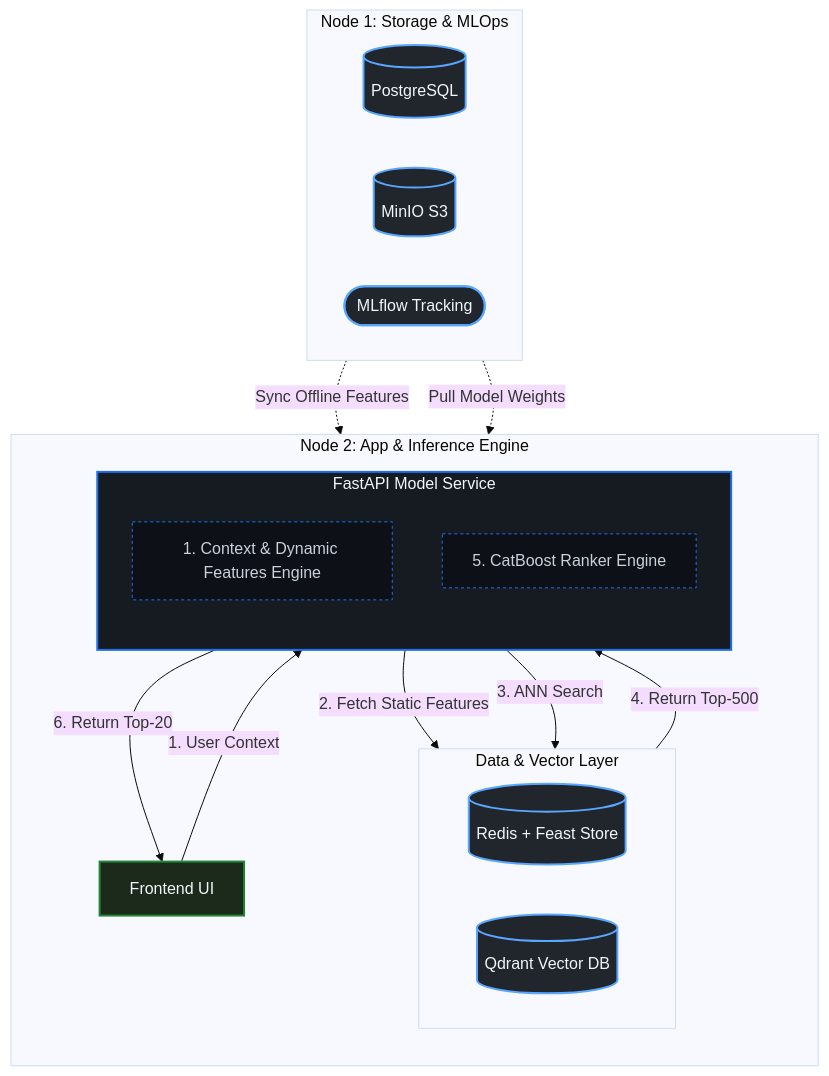
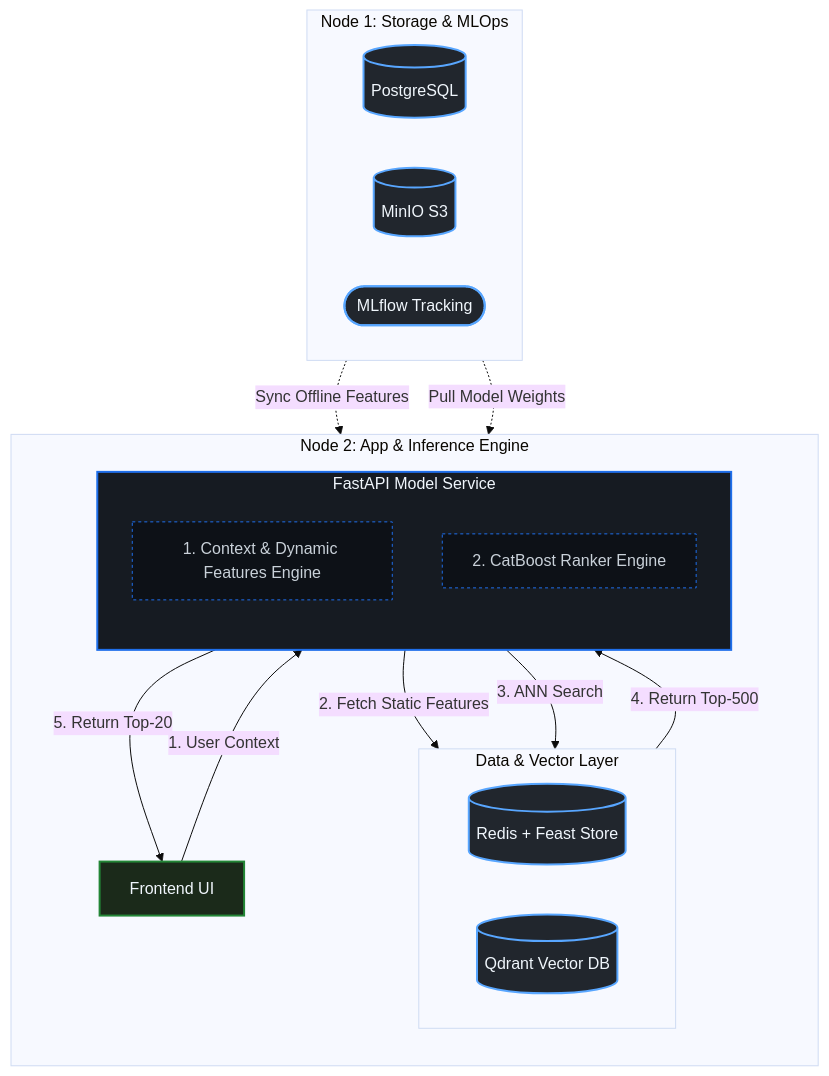
One commit to ubutt0n/amazon_recsys changed the diagram in README.md. Above: the diagram before and after it, drawn with Mermaid (base theme). The commit also changed other lines of this file, not shown here.

````diff
--- a/README.md
+++ b/README.md
@@ -21,45 +21,45 @@
 ```mermaid
 graph TB
     classDef storage fill:#21262d,stroke:#58a6ff,stroke-width:2px,color:#f0f6fc;
     classDef service fill:#161b22,stroke:#1f6feb,stroke-width:2px,color:#f0f6fc;
     classDef internal fill:#0d1117,stroke:#1f6feb,stroke-width:1px,stroke-dasharray: 3 3,color:#c9d1d9;
     classDef ui fill:#1b2a1a,stroke:#238636,stroke-width:2px,color:#f0f6fc;
 
     subgraph Node1 [Node 1: Storage & MLOps]
         direction LR
         Postgres[(PostgreSQL)]
         MinIO[(MinIO S3)]
         MLflow([MLflow Tracking])
     end
 
     subgraph Node2 [Node 2: App & Inference Engine]
         direction TB
         subgraph DB_Layer [Data & Vector Layer]
             direction LR
             Feast[(Redis + Feast Store)]
             Qdrant[(Qdrant Vector DB)]
         end
 
         Frontend[Frontend UI]
 
         subgraph AppService [FastAPI Model Service]
             direction TB
             PythonEngine[1. Context & Dynamic Features Engine]
-            CatBoost[5. CatBoost Ranker Engine]
+            CatBoost[2. CatBoost Ranker Engine]
         end
 
         Frontend -->|1. User Context| PythonEngine
         PythonEngine -->|2. Fetch Static Features| Feast
         PythonEngine -->|3. ANN Search| Qdrant
         Qdrant -->|4. Return Top-500| CatBoost
-        CatBoost -->|6. Return Top-20| Frontend
+        CatBoost -->|5. Return Top-20| Frontend
     end
 
     MinIO -.->|Pull Model Weights| AppService
     Postgres -.->|Sync Offline Features| Feast
 
     class Postgres,MinIO,MLflow,Qdrant,Feast storage;
     class AppService service;
     class PythonEngine,CatBoost internal;
     class Frontend ui;
 ```
````
